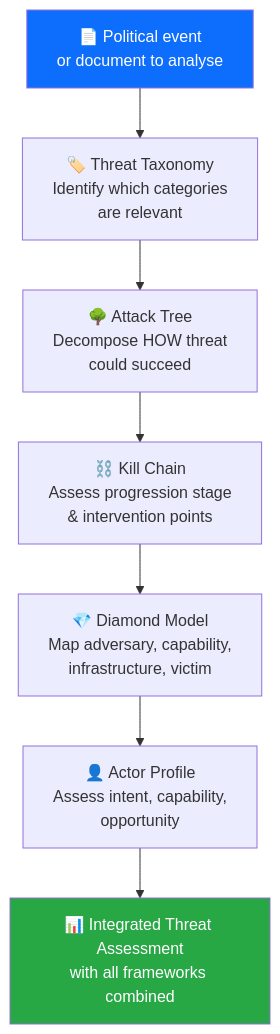
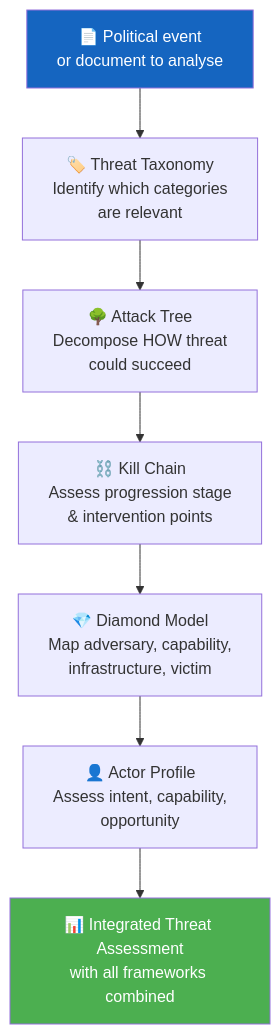
One commit to Hack23/riksdagsmonitor changed the ninth of 11 diagrams in analysis/methodologies/political-threat-framework.md. Above: the diagram before and after it, drawn with Mermaid. The commit also changed other lines of this file and 14 other files, not shown here.

First line of the commit message:
Align analysis/ mermaid diagrams with ISMS Style Guide palette and convert SWOT to quadrantChart

````diff
--- a/analysis/methodologies/political-threat-framework.md
+++ b/analysis/methodologies/political-threat-framework.md
@@ -811,13 +811,13 @@
 ```mermaid
 flowchart TD
     START["📄 Political event<br/>or document to analyse"]
     START --> TC["🏷️ Threat Taxonomy<br/>Identify which categories<br/>are relevant"]
     TC --> AT["🌳 Attack Tree<br/>Decompose HOW threat<br/>could succeed"]
     AT --> KC["⛓️ Kill Chain<br/>Assess progression stage<br/>& intervention points"]
     KC --> DM["💎 Diamond Model<br/>Map adversary, capability,<br/>infrastructure, victim"]
     DM --> AP["👤 Actor Profile<br/>Assess intent, capability,<br/>opportunity"]
     AP --> OUTPUT["📊 Integrated Threat Assessment<br/>with all frameworks combined"]
 
-    style START fill:#0d6efd,color:#fff
-    style OUTPUT fill:#28a745,color:#fff
+    style START fill:#1565C0,color:#FFFFFF
+    style OUTPUT fill:#4CAF50,color:#FFFFFF
 ```
````
